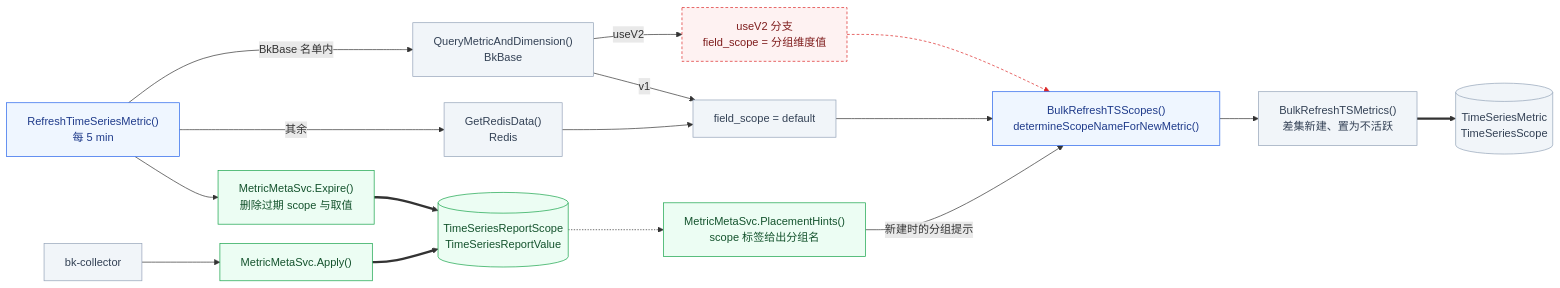
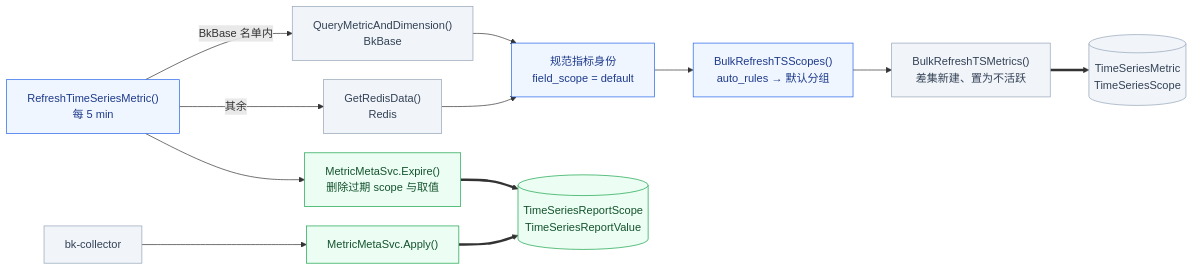
The tenth of 25 diagrams in knowledge/bkmonitor/issues/2026-09-15-custom-metric-metadata/PLAN.md (ZhuoZhuoCrayon/ai-workspace), drawn with Mermaid before and after one commit. The commit also changed other lines of this file, not shown here.

First line of the commit message:
docs(issue): separate custom metric reporting from page edits

````diff
--- a/knowledge/bkmonitor/issues/2026-09-15-custom-metric-metadata/PLAN.md
+++ b/knowledge/bkmonitor/issues/2026-09-15-custom-metric-metadata/PLAN.md
@@ -845,29 +734,23 @@
 ```mermaid
 %%{init: {"flowchart": {"nodeSpacing": 28, "rankSpacing": 56, "wrappingWidth": 400}}}%%
 flowchart LR
     Refresh["RefreshTimeSeriesMetric()<br/>每 5 min"] -->|"BkBase 名单内"| BkBase["QueryMetricAndDimension()<br/>BkBase"]
     Refresh -->|"其余"| Redis["GetRedisData()<br/>Redis"]
-    BkBase -->|"useV2"| V2["useV2 分支<br/>field_scope = 分组维度值"]
-    BkBase -->|"v1"| V1["field_scope = default"]
-    Redis --> V1
-    V1 --> Scopes["BulkRefreshTSScopes()<br/>determineScopeNameForNewMetric()"]
-    V2 -.-> Scopes
+    BkBase --> Normalize["规范指标身份<br/>field_scope = default"]
+    Redis --> Normalize
+    Normalize --> Scopes["BulkRefreshTSScopes()<br/>auto_rules → 默认分组"]
     Scopes --> Metrics["BulkRefreshTSMetrics()<br/>差集新建、置为不活跃"]
     Metrics ==> TSM[("TimeSeriesMetric<br/>TimeSeriesScope")]
     Refresh --> Expire["MetricMetaSvc.Expire()<br/>删除过期 scope 与取值"]
     Collector["bk-collector"] --> Apply["MetricMetaSvc.Apply()"]
     Apply ==> New[("TimeSeriesReportScope<br/>TimeSeriesReportValue")]
     Expire ==> New
-    New -.-> Hints["MetricMetaSvc.PlacementHints()<br/>scope 标签给出分组名"]
-    Hints -->|"新建时的分组提示"| Scopes
 
     classDef old fill:#f1f5f9,stroke:#94a3b8,color:#334155
     classDef add fill:#ecfdf3,stroke:#16a34a,color:#14532d
     classDef change fill:#eff6ff,stroke:#2563eb,color:#1e3a8a
     classDef del fill:#fef2f2,stroke:#dc2626,color:#7f1d1d,stroke-dasharray:4 3
-    class BkBase,Redis,V1,Metrics,TSM,Collector old
-    class Refresh,Scopes change
-    class Apply,New,Expire,Hints add
-    class V2 del
-    linkStyle 6 stroke:#dc2626,stroke-dasharray:4 3
+    class BkBase,Redis,Metrics,TSM,Collector old
+    class Refresh,Normalize,Scopes change
+    class Apply,New,Expire add
 ```
````
